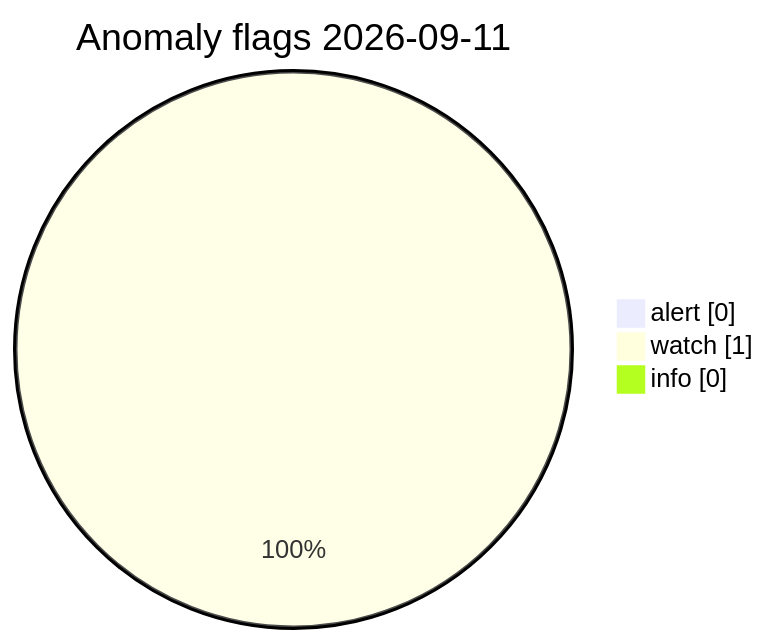
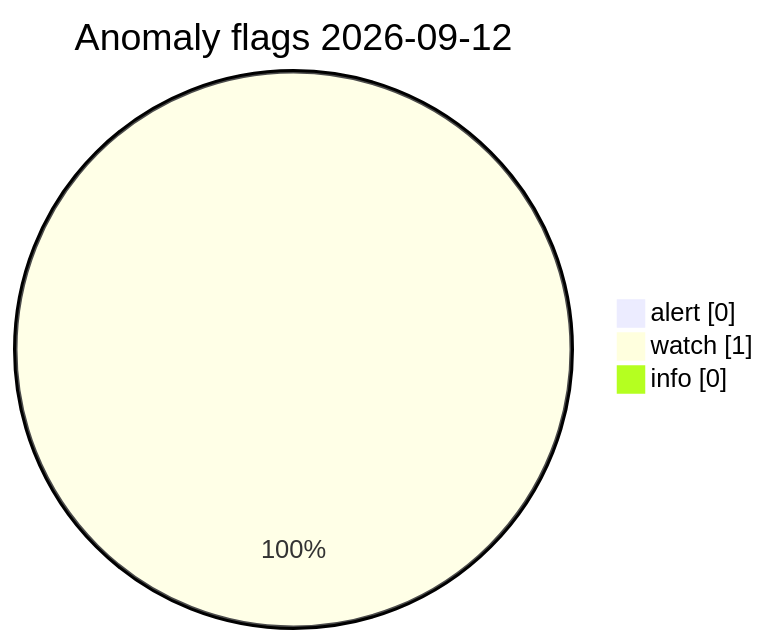
Before and after one commit to Midwest-Stratospheric/Unified-Open-Global-Weather: the diagram in visuals/latest/CHARTS.md, drawn with Mermaid. The commit also changed other lines of this file and 11 other files, not shown here.

Commit message:
data(visuals): automated charts 2026-09-12T10:51Z

````diff
--- a/visuals/latest/CHARTS.md
+++ b/visuals/latest/CHARTS.md
@@ -73,7 +73,7 @@
 ```mermaid
 pie showData
-  title Anomaly flags 2026-09-11
+  title Anomaly flags 2026-09-12
   "alert" : 0
   "watch" : 1
   "info" : 0
 ```
````
